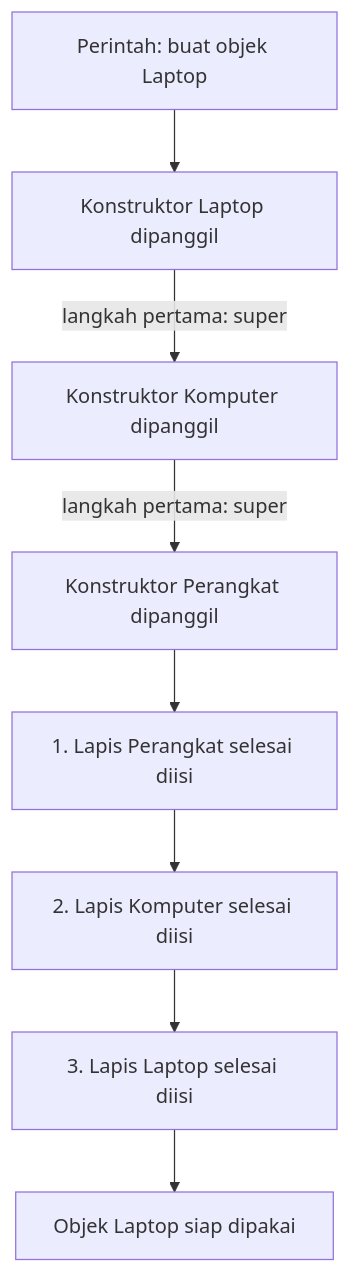
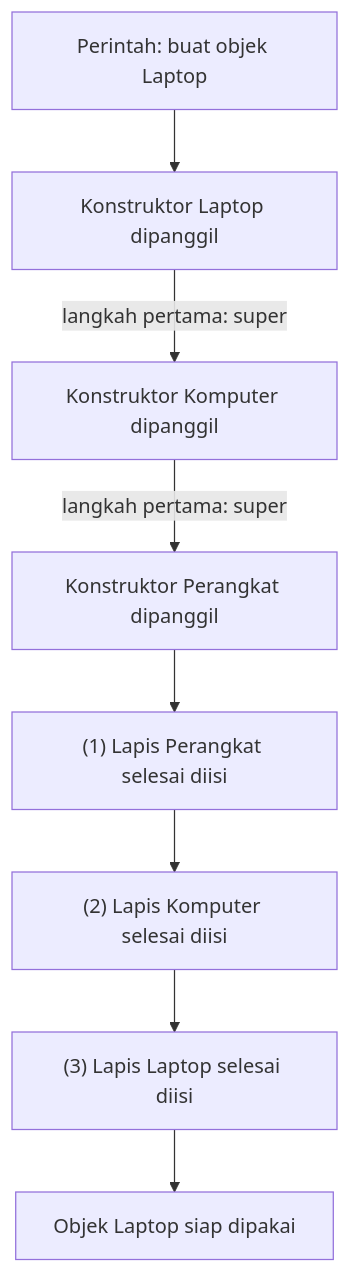
The third of 8 diagrams in Pertemuan-07-Pewarisan/README.md (antonprafanto/PBO2026), drawn with Mermaid before and after one commit. The commit also changed other lines of this file and 291 other files, not shown here.

````diff
--- a/Pertemuan-07-Pewarisan/README.md
+++ b/Pertemuan-07-Pewarisan/README.md
@@ -254,10 +256,10 @@
 ```mermaid
 flowchart TD
     A["Perintah: buat objek Laptop"] --> B["Konstruktor Laptop dipanggil"]
     B -->|"langkah pertama: super"| C["Konstruktor Komputer dipanggil"]
     C -->|"langkah pertama: super"| D["Konstruktor Perangkat dipanggil"]
-    D --> E["1. Lapis Perangkat selesai diisi"]
-    E --> F["2. Lapis Komputer selesai diisi"]
-    F --> G["3. Lapis Laptop selesai diisi"]
+    D --> E["(1) Lapis Perangkat selesai diisi"]
+    E --> F["(2) Lapis Komputer selesai diisi"]
+    F --> G["(3) Lapis Laptop selesai diisi"]
     G --> H["Objek Laptop siap dipakai"]
 ```
````
